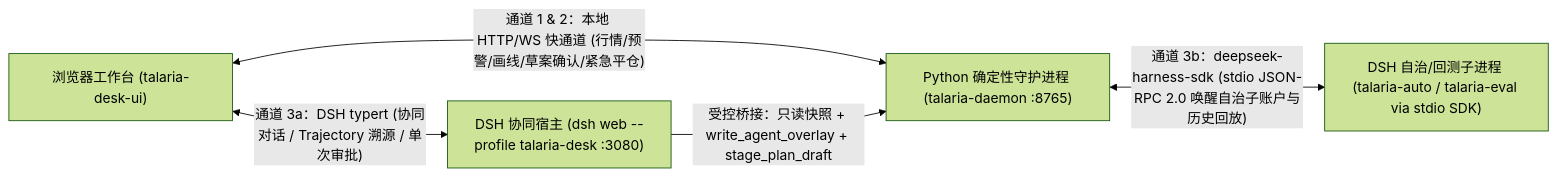
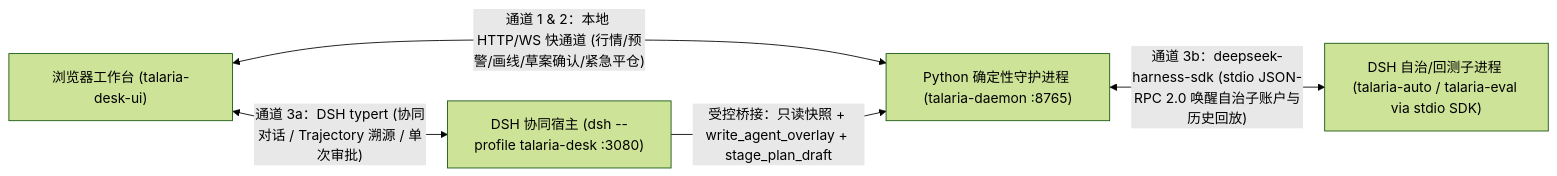
The second of 2 diagrams in docs/architecture.md (Dikui/Talaria), drawn with Mermaid (forest theme) before and after one commit. The commit also changed other lines of this file and 35 other files, not shown here.

````diff
--- a/docs/architecture.md
+++ b/docs/architecture.md
@@ -377,12 +377,12 @@
 ```mermaid
 flowchart LR
   Browser["浏览器工作台 (talaria-desk-ui)"]
   Daemon["Python 确定性守护进程 (talaria-daemon :8765)"]
-  DSHWeb["DSH 协同宿主 (dsh web --profile talaria-desk :3080)"]
+  DSHWeb["DSH 协同宿主 (dsh --profile talaria-desk :3080)"]
   DSHAuto["DSH 自治/回测子进程 (talaria-auto / talaria-eval via stdio SDK)"]
 
   Browser <-->|"通道 1 & 2：本地 HTTP/WS 快通道 (行情/预警/画线/草案确认/紧急平仓)"| Daemon
   Browser <-->|"通道 3a：DSH typert (协同对话 / Trajectory 溯源 / 单次审批)"| DSHWeb
   DSHWeb -->|"受控桥接：只读快照 + write_agent_overlay + stage_plan_draft"| Daemon
   Daemon <-->|"通道 3b：deepseek-harness-sdk (stdio JSON-RPC 2.0 唤醒自治子账户与历史回放)"| DSHAuto
 ```
````
